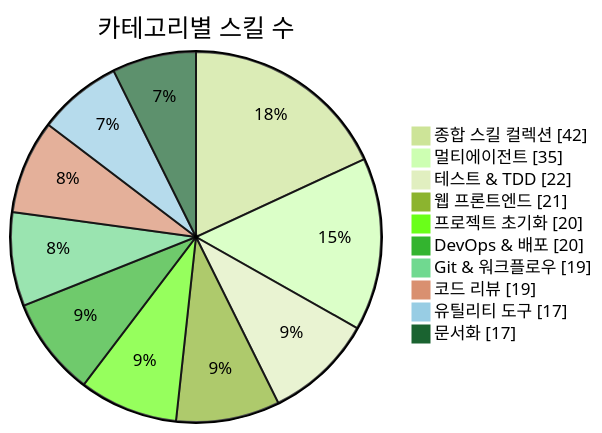
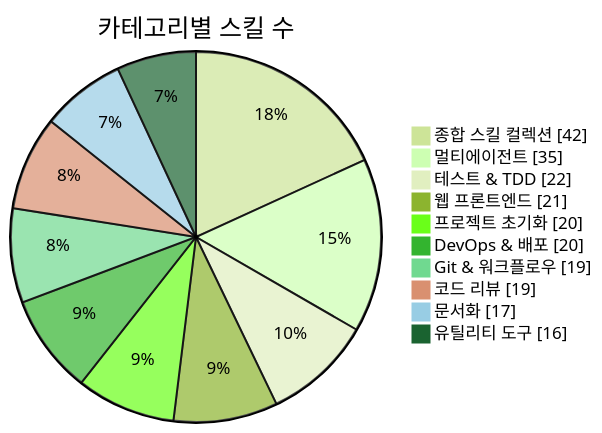
Before and after one commit to J-nowcow/awesome-korean-agent-skills: the first of 3 diagrams in README.md, drawn with Mermaid (forest theme). The commit also changed other lines of this file and 27 other files, not shown here.

````diff
--- a/README.md
+++ b/README.md
@@ -176,14 +176,14 @@
 ```mermaid
 pie showData
     title 카테고리별 스킬 수
     "종합 스킬 컬렉션" : 42
     "멀티에이전트" : 35
     "테스트 & TDD" : 22
     "웹 프론트엔드" : 21
     "프로젝트 초기화" : 20
     "DevOps & 배포" : 20
     "Git & 워크플로우" : 19
     "코드 리뷰" : 19
-    "유틸리티 도구" : 17
     "문서화" : 17
+    "유틸리티 도구" : 16
 ```
````
